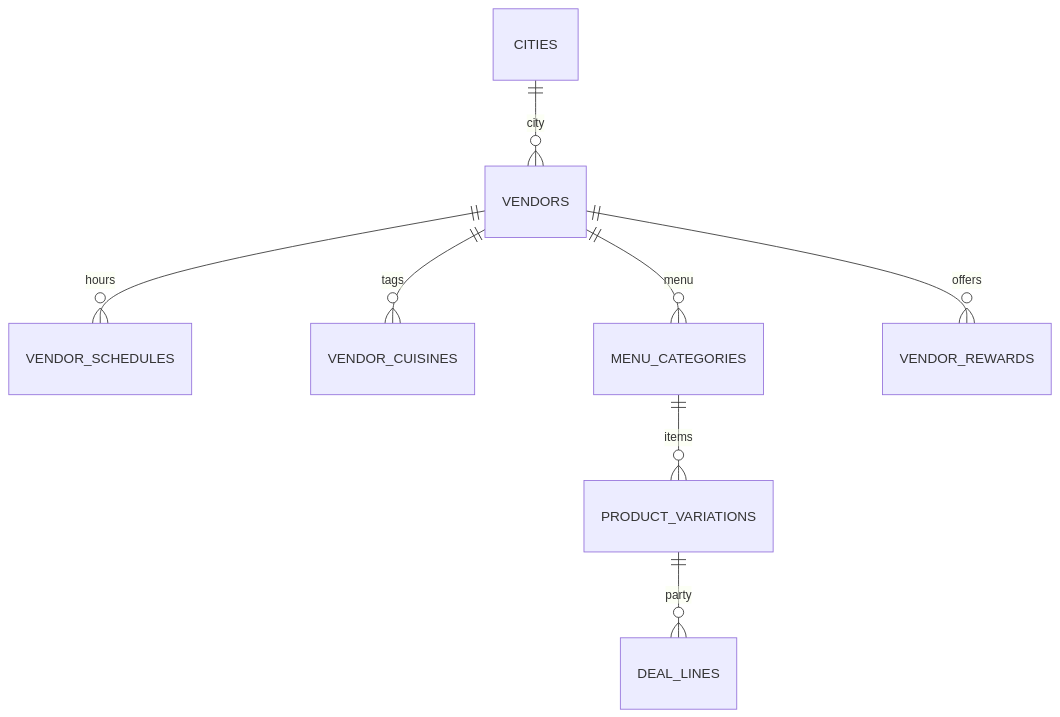
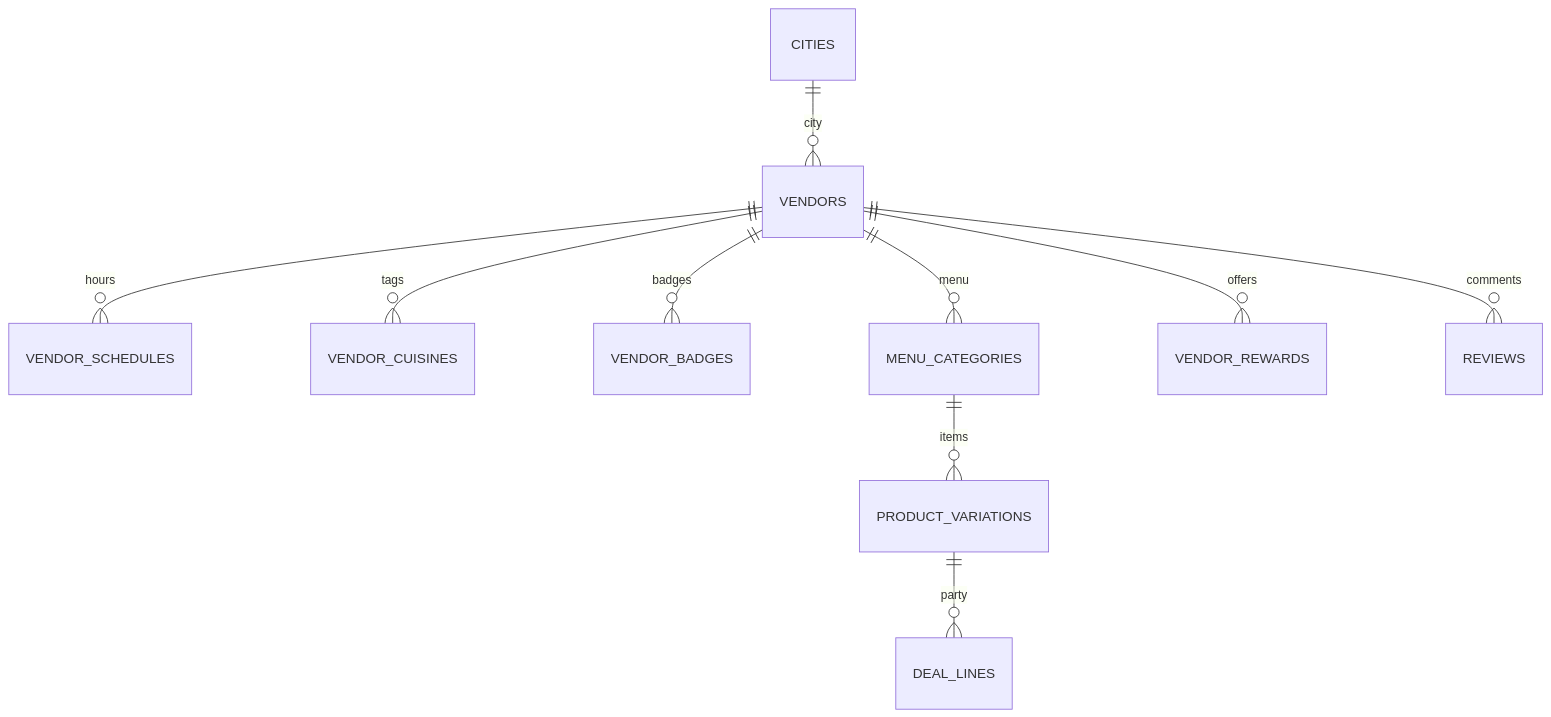
One commit to erfnzdeh/snapp-hack changed the third of 12 diagrams in README.md. Above: the diagram before and after it, drawn with Mermaid. The commit also changed other lines of this file, not shown here.

````diff
--- a/README.md
+++ b/README.md
@@ -82,10 +160,12 @@
 ```mermaid
 erDiagram
   CITIES ||--o{ VENDORS : city
   VENDORS ||--o{ VENDOR_SCHEDULES : hours
   VENDORS ||--o{ VENDOR_CUISINES : tags
+  VENDORS ||--o{ VENDOR_BADGES : badges
   VENDORS ||--o{ MENU_CATEGORIES : menu
   MENU_CATEGORIES ||--o{ PRODUCT_VARIATIONS : items
   PRODUCT_VARIATIONS ||--o{ DEAL_LINES : party
   VENDORS ||--o{ VENDOR_REWARDS : offers
+  VENDORS ||--o{ REVIEWS : comments
 ```
````
